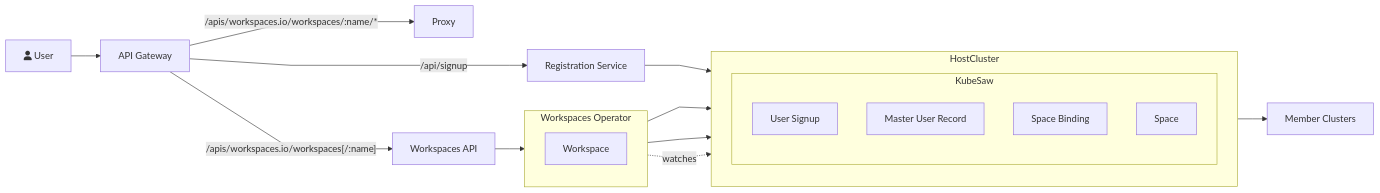
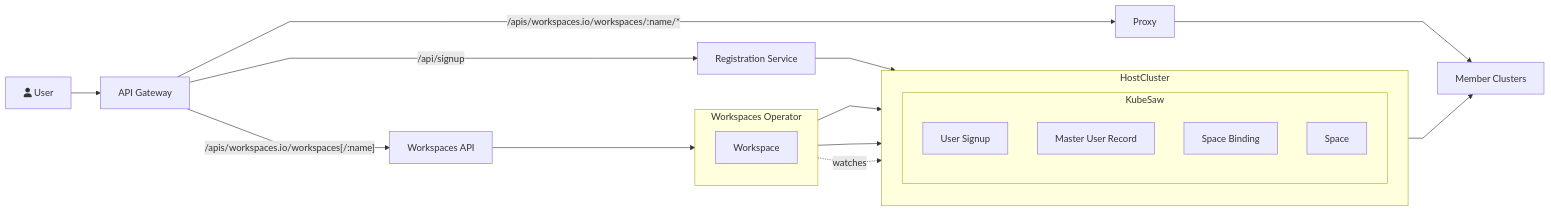
The diagram in doc/design/architecture/architecture.mmd (konflux-workspaces/workspaces), drawn with Mermaid before and after one commit. The commit also changed 3 other files, not shown here.

Commit message:
Update architecture img (#5)

```diff
--- a/doc/design/architecture/architecture.mmd
+++ b/doc/design/architecture/architecture.mmd
@@ -1,42 +1,44 @@
 flowchart LR
+
   U["fa:fa-user User"]
 
   AG["API Gateway"]
   RS["Registration Service"]
   P["Proxy"]
   WA["Workspaces API"]
 
   MC["Member Clusters"]
 
   subgraph WO["Workspaces Operator"]
     direction TB
     W["Workspace"]
   end
 
 
   subgraph HostCluster
     direction TB
     subgraph KubeSaw
       direction TB
       US["User Signup"]
       MUR["Master User Record"]
       SB["Space Binding"]
       S["Space"]
     end
   end
 
   U --> AG
   AG -- "/api/signup" --> RS
   AG -- "/apis/workspaces.io/workspaces/:name/*" --> P
   AG -- "/apis/workspaces.io/workspaces[/:name]" --> WA
 
   RS --> US
   WO --> S
   WO --> SB
   WO -. "watches" .-> US
 
   WA --> W
 
+  P --> MC
   KubeSaw --> MC
   
 %%{init: {'flowchart': {'curve': 'linear'}}}%%
```
